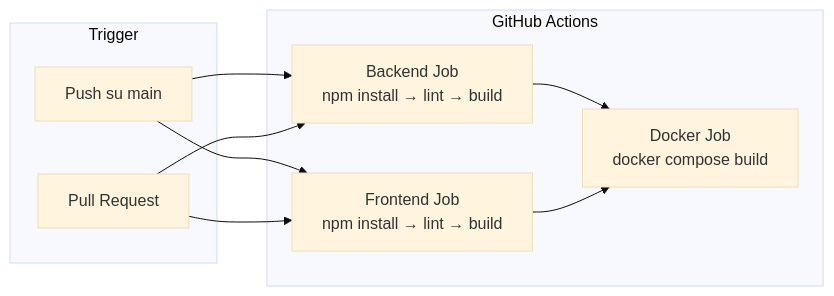
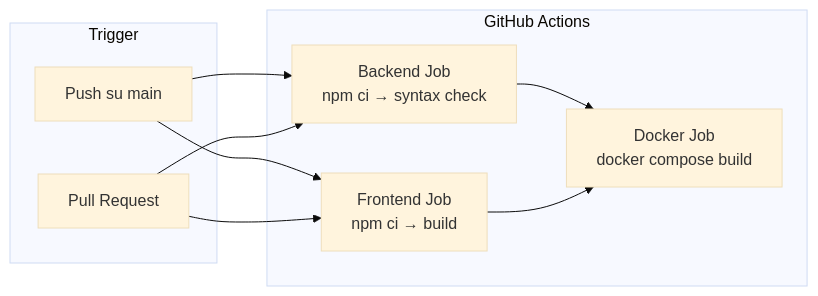
The sixth of 6 diagrams in docs/architecture.md (pat0003/FitQuestWeb), drawn with Mermaid (base theme) before and after one commit. The commit also changed other lines of this file and 4 other files, not shown here.

````diff
--- a/docs/architecture.md
+++ b/docs/architecture.md
@@ -214,20 +214,20 @@
 ```mermaid
 flowchart LR
     subgraph Trigger["Trigger"]
         PUSH["Push su main"]
         PR["Pull Request"]
     end
 
     subgraph Jobs["GitHub Actions"]
-        BE_JOB["Backend Job<br/>npm install → lint → build"]
-        FE_JOB["Frontend Job<br/>npm install → lint → build"]
+        BE_JOB["Backend Job<br/>npm ci → syntax check"]
+        FE_JOB["Frontend Job<br/>npm ci → build"]
         DOCKER_JOB["Docker Job<br/>docker compose build"]
     end
 
     PUSH --> BE_JOB
     PUSH --> FE_JOB
     PR --> BE_JOB
     PR --> FE_JOB
     BE_JOB --> DOCKER_JOB
     FE_JOB --> DOCKER_JOB
 ```
````
